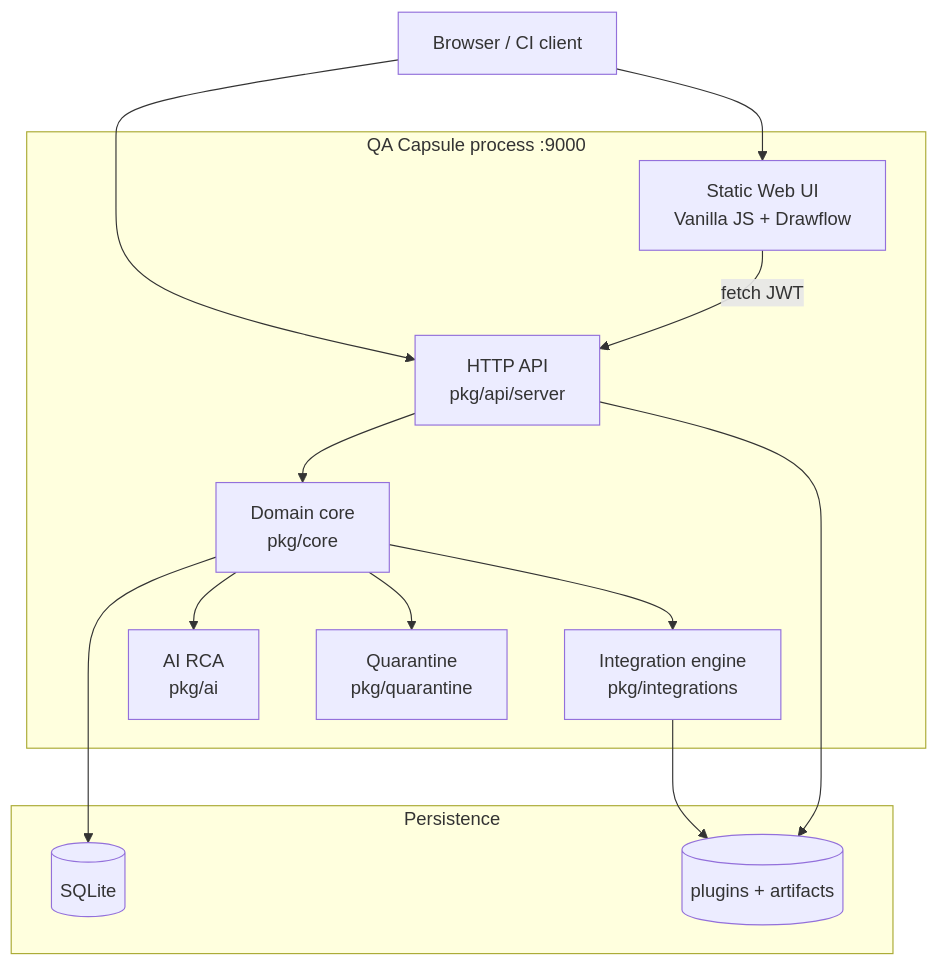
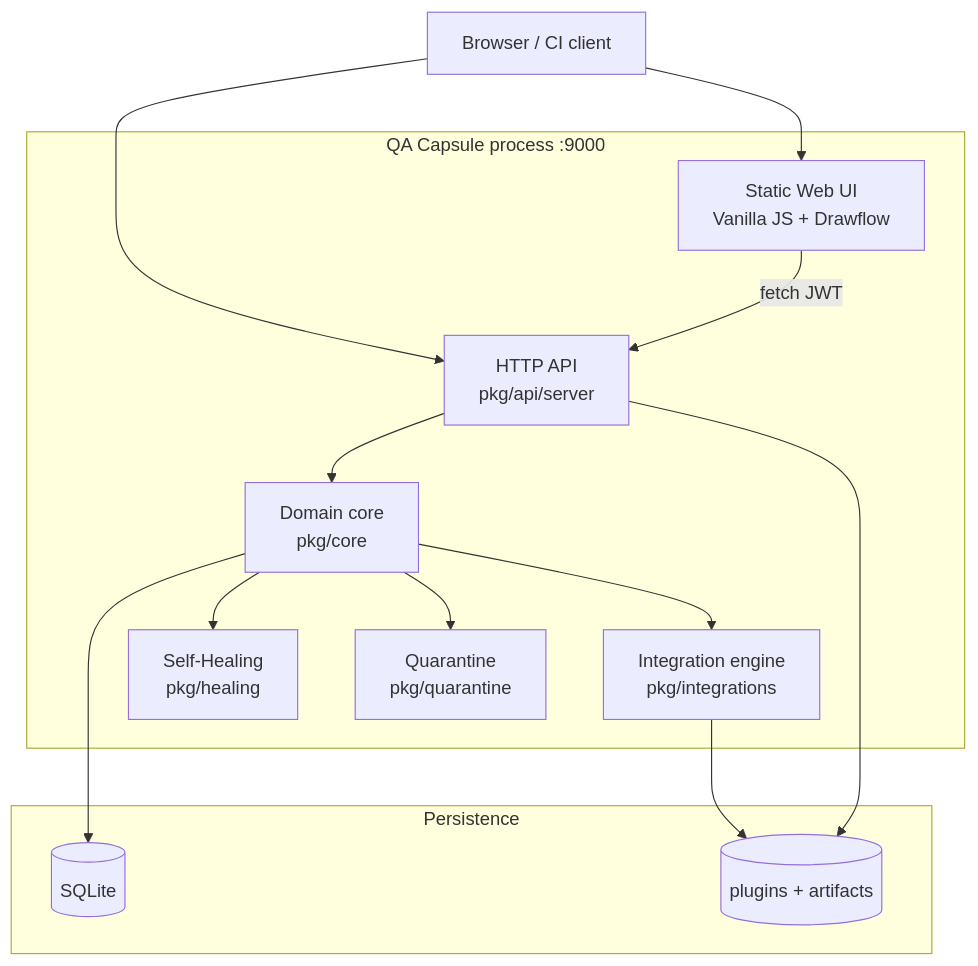
Before and after one commit to QA-Capsule/qa-capsule-community: the second of 18 diagrams in docs/guides/design-diagrams.md, drawn with Mermaid. The commit also changed other lines of this file and 34 other files, not shown here.

````diff
--- a/docs/guides/design-diagrams.md
+++ b/docs/guides/design-diagrams.md
@@ -48,26 +47,26 @@
 ```mermaid
 flowchart TB
     USER[Browser / CI client]
 
     subgraph process [QA Capsule process :9000]
         WEB[Static Web UI<br/>Vanilla JS + Drawflow]
         API[HTTP API<br/>pkg/api/server]
         CORE[Domain core<br/>pkg/core]
         INT[Integration engine<br/>pkg/integrations]
-        AI[AI RCA<br/>pkg/ai]
+        HEAL[Self-Healing<br/>pkg/healing]
         QN[Quarantine<br/>pkg/quarantine]
     end
 
     subgraph persist [Persistence]
         DB[(SQLite)]
         FS[(plugins + artifacts)]
     end
 
     USER --> WEB & API
     WEB -->|fetch JWT| API
     API --> CORE
     CORE --> DB
-    CORE --> INT & AI & QN
+    CORE --> INT & HEAL & QN
     INT --> FS
     API --> FS
 ```
````
